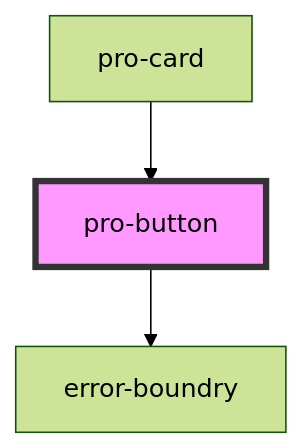
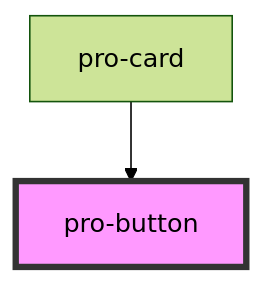
One commit to aab1dh/pro changed the diagram in src/atoms/button/readme.md. Above: the diagram before and after it, drawn with Mermaid (forest theme). The commit also changed other lines of this file and 18 other files, not shown here.

````diff
--- a/src/atoms/button/readme.md
+++ b/src/atoms/button/readme.md
@@ -27,6 +23,5 @@
 ```mermaid
 graph TD;
-  pro-button --> error-boundry
   pro-card --> pro-button
   style pro-button fill:#f9f,stroke:#333,stroke-width:4px
 ```
````
